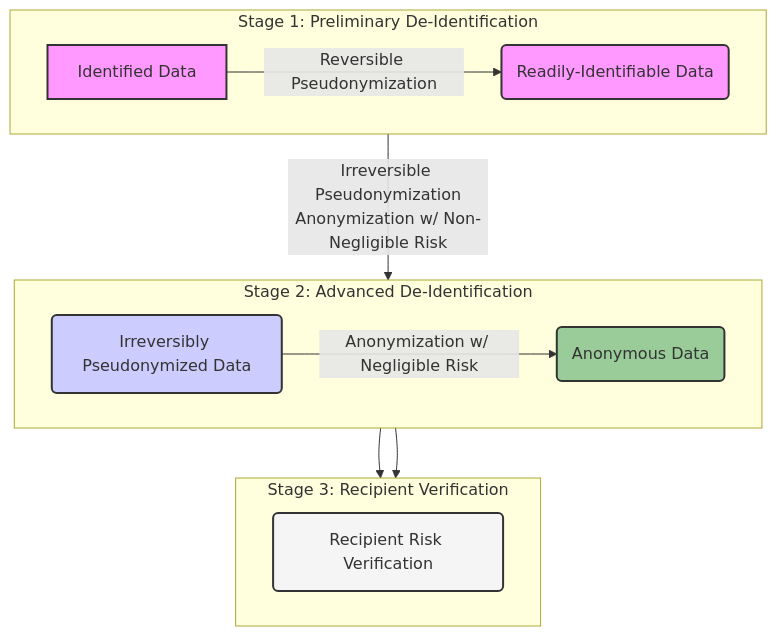
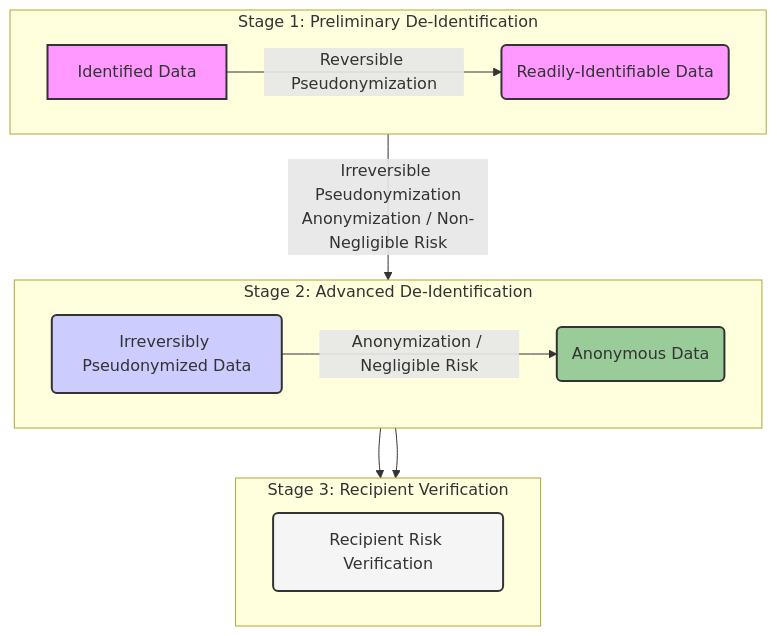
One commit to IHE/ITI.DeIdHandbook changed the diagram in input/pagecontent/process.md. Above: the diagram before and after it, drawn with Mermaid. The commit also changed other lines of this file, not shown here.

Commit message:
Refocus Process Identifiers: remove process-generated identifiers; emphasize data identifier transformation

````diff
--- a/input/pagecontent/process.md
+++ b/input/pagecontent/process.md
@@ -275,26 +275,26 @@
 ```mermaid
 graph TD
     subgraph "Stage 1: Preliminary De-Identification"
         direction LR
         A[Identified Data] -->|Reversible Pseudonymization| B(Readily-Identifiable Data);
     end
 
     subgraph "Stage 2: Advanced De-Identification"
         direction LR
-        B -->|Irreversible Pseudonymization<br/>Anonymization w/ Non-Negligible Risk| C(Irreversibly Pseudonymized Data);
-        C -->|Anonymization w/ Negligible Risk| D(Anonymous Data);
+        B -->|Irreversible Pseudonymization<br/>Anonymization / Non-Negligible Risk| C(Irreversibly Pseudonymized Data);
+        C -->|Anonymization / Negligible Risk| D(Anonymous Data);
     end
     
     subgraph "Stage 3: Recipient Verification"
         direction LR
         D --> E(Recipient Risk Verification);
         C --> E;
     end
 
     style A fill:#f9f,stroke:#333,stroke-width:2px
     style B fill:#f9f,stroke:#333,stroke-width:2px
     style C fill:#ccf,stroke:#333,stroke-width:2px
     style D fill:#9c9,stroke:#333,stroke-width:2px
     style E fill:#f5f5f5,stroke:#333,stroke-width:2px
 
 ```
````
